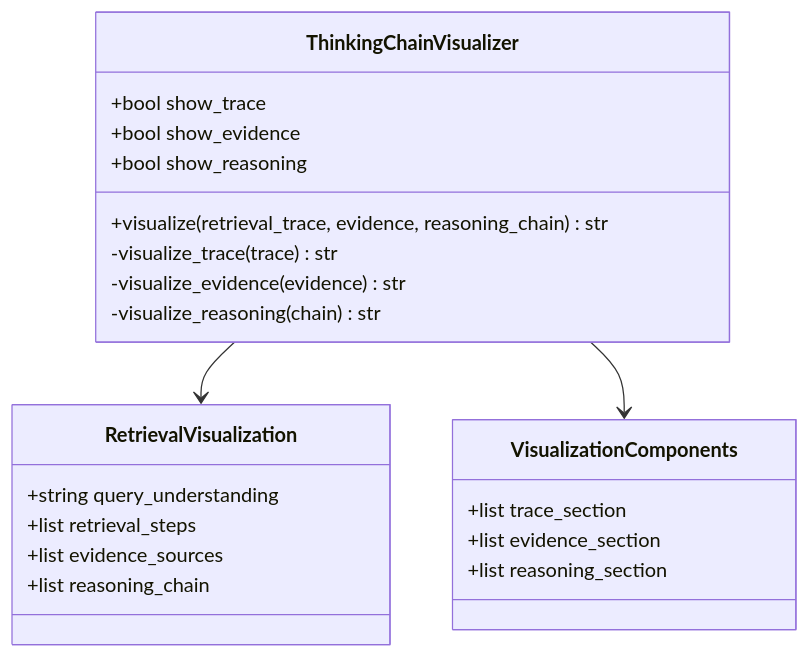
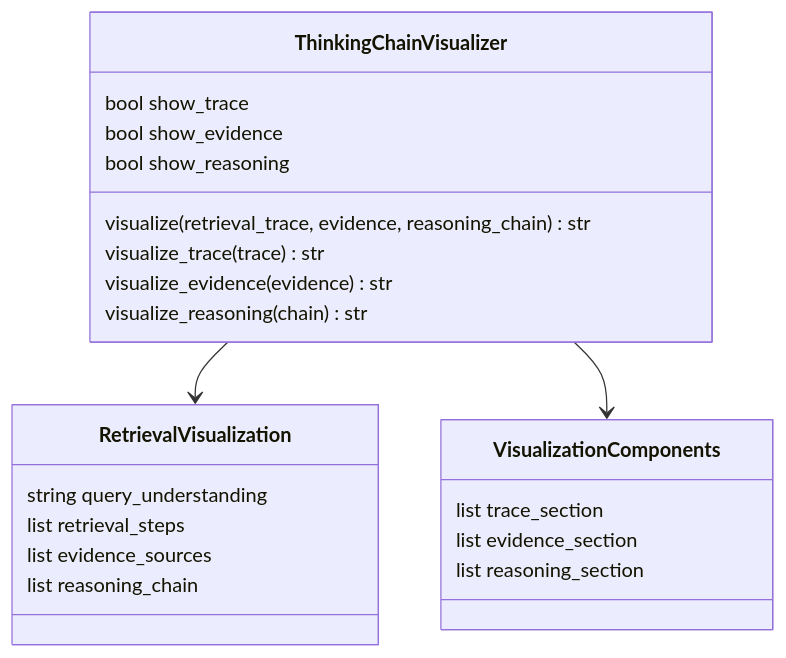
One commit to JieGaoPrinceton/NecoRAG changed the tenth of 11 diagrams in .qoder/repowiki/zh/content/交互层模块/交互层模块.md. Above: the diagram before and after it, drawn with Mermaid. The commit also changed other lines of this file and 82 other files, not shown here.

````diff
--- a/.qoder/repowiki/zh/content/交互层模块/交互层模块.md
+++ b/.qoder/repowiki/zh/content/交互层模块/交互层模块.md
@@ -427,25 +497,25 @@
 ```mermaid
 classDiagram
 class ThinkingChainVisualizer {
-+bool show_trace
-+bool show_evidence
-+bool show_reasoning
-+visualize(retrieval_trace, evidence, reasoning_chain) str
--visualize_trace(trace) str
--visualize_evidence(evidence) str
--visualize_reasoning(chain) str
+bool show_trace
+bool show_evidence
+bool show_reasoning
+visualize(retrieval_trace, evidence, reasoning_chain) str
+visualize_trace(trace) str
+visualize_evidence(evidence) str
+visualize_reasoning(chain) str
 }
 class RetrievalVisualization {
-+string query_understanding
-+list retrieval_steps
-+list evidence_sources
-+list reasoning_chain
+string query_understanding
+list retrieval_steps
+list evidence_sources
+list reasoning_chain
 }
 class VisualizationComponents {
-+list trace_section
-+list evidence_section
-+list reasoning_section
+list trace_section
+list evidence_section
+list reasoning_section
 }
 ThinkingChainVisualizer --> RetrievalVisualization
 ThinkingChainVisualizer --> VisualizationComponents
 ```
````
